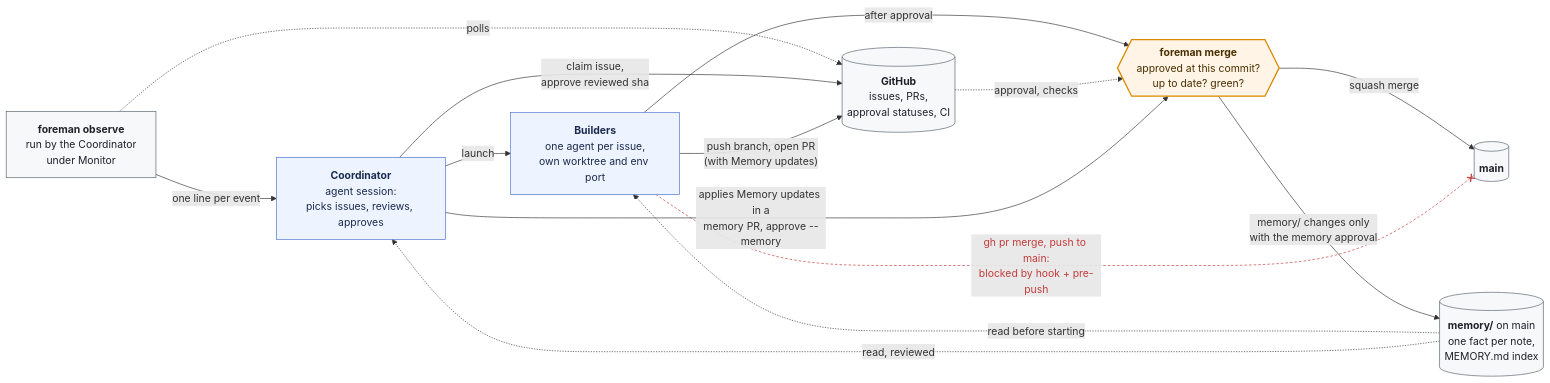
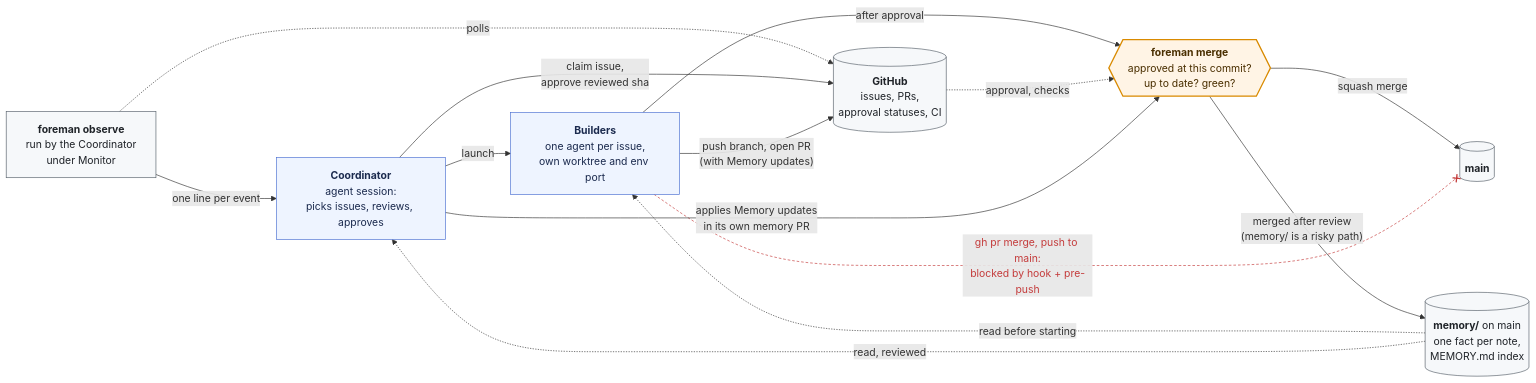
One commit to smknaqvi/foreman changed the first of 3 diagrams in README.md. Above: the diagram before and after it, drawn with Mermaid. The commit also changed other lines of this file and 24 other files, not shown here.

First line of the commit message:
Shared memory: protected by review, not by the merge gate

````diff
--- a/README.md
+++ b/README.md
@@ -18,32 +18,32 @@
 ```mermaid
 flowchart LR
     obs["<b>foreman observe</b><br/>run by the Coordinator<br/>under Monitor"]
     coord["<b>Coordinator</b><br/>agent session:<br/>picks issues, reviews, approves"]
     bld["<b>Builders</b><br/>one agent per issue,<br/>own worktree and env port"]
     gh[("<b>GitHub</b><br/>issues, PRs,<br/>approval statuses, CI")]
     gate{{"<b>foreman merge</b><br/>approved at this commit?<br/>up to date? green?"}}
     main[("<b>main</b>")]
     mem[("<b>memory/</b> on main<br/>one fact per note,<br/>MEMORY.md index")]
 
     obs -- "one line per event" --> coord
     obs -. "polls" .-> gh
     coord -- "launch" --> bld
     coord -- "claim issue,<br/>approve reviewed sha" --> gh
     bld -- "push branch, open PR<br/>(with Memory updates)" --> gh
     bld -- "after approval" --> gate
     gh -. "approval, checks" .-> gate
     gate -- "squash merge" --> main
     bld --x|"gh pr merge, push to main:<br/>blocked by hook + pre-push"| main
     mem -. "read before starting" .-> bld
     mem -. "read, reviewed" .-> coord
-    coord -- "applies Memory updates in a<br/>memory PR, approve --memory" --> gate
-    gate -- "memory/ changes only<br/>with the memory approval" --> mem
+    coord -- "applies Memory updates<br/>in its own memory PR" --> gate
+    gate -- "merged after review<br/>(memory/ is a risky path)" --> mem
 
     classDef agent fill:#eef4ff,stroke:#4a6fd1,color:#1b2a4e
     classDef proc fill:#f6f8fa,stroke:#57606a,color:#1f2328
     classDef gatecls fill:#fff4e5,stroke:#d98a00,color:#4a2f00,stroke-width:2px
     class coord,bld agent
     class obs,gh,main,mem proc
     class gate gatecls
     linkStyle 8 stroke:#c43c3c,color:#c43c3c,stroke-dasharray:4 3
 ```
````
